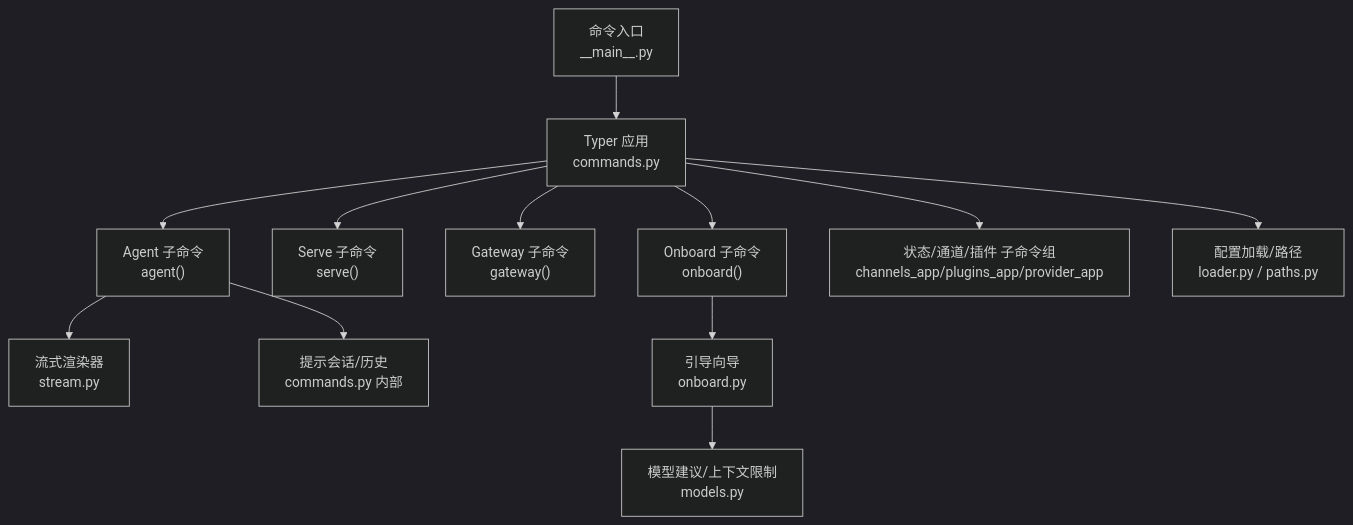
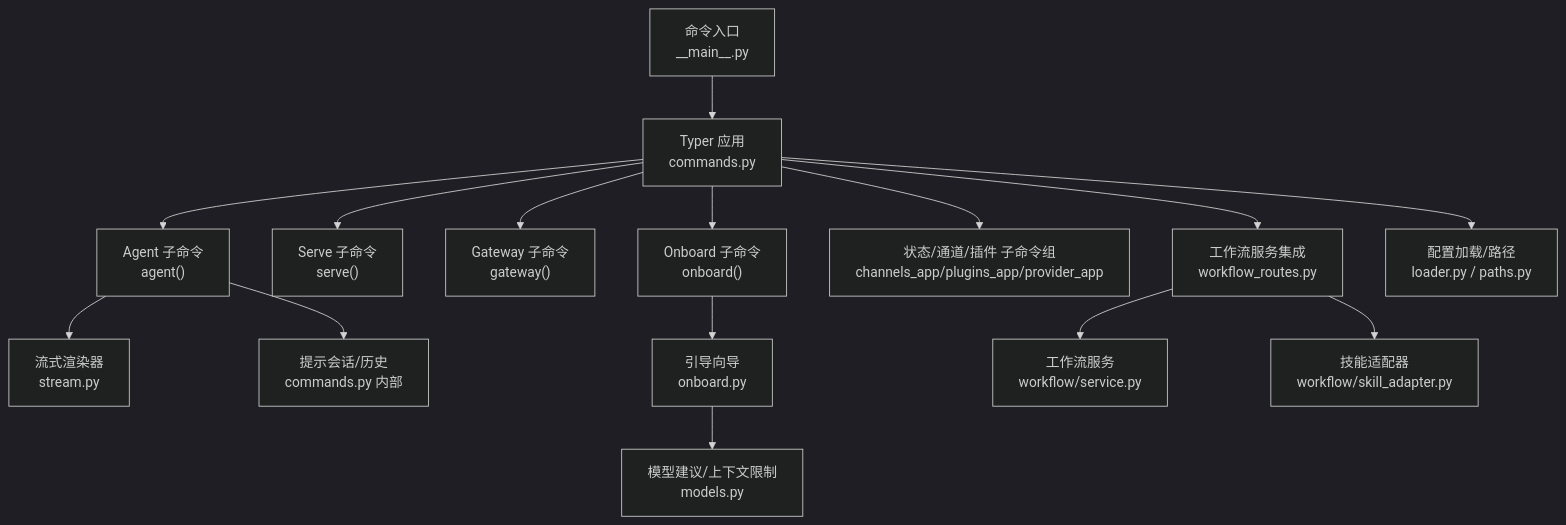
Before and after one commit to gongzeq/VAPT3: the first of 4 diagrams in .qoder/repowiki/zh/content/API服务设计/CLI命令系统.md, drawn with Mermaid (dark theme). The commit also changed other lines of this file and 33 other files, not shown here.

````diff
--- a/.qoder/repowiki/zh/content/API服务设计/CLI命令系统.md
+++ b/.qoder/repowiki/zh/content/API服务设计/CLI命令系统.md
@@ -43,14 +57,17 @@
 ```mermaid
 graph TB
 A["命令入口<br/>__main__.py"] --> B["Typer 应用<br/>commands.py"]
 B --> C["Agent 子命令<br/>agent()"]
 B --> D["Serve 子命令<br/>serve()"]
 B --> E["Gateway 子命令<br/>gateway()"]
 B --> F["Onboard 子命令<br/>onboard()"]
 B --> G["状态/通道/插件 子命令组<br/>channels_app/plugins_app/provider_app"]
-C --> H["流式渲染器<br/>stream.py"]
-C --> I["提示会话/历史<br/>commands.py 内部"]
-F --> J["引导向导<br/>onboard.py"]
-J --> K["模型建议/上下文限制<br/>models.py"]
-B --> L["配置加载/路径<br/>loader.py / paths.py"]
+B --> H["工作流服务集成<br/>workflow_routes.py"]
+C --> I["流式渲染器<br/>stream.py"]
+C --> J["提示会话/历史<br/>commands.py 内部"]
+F --> K["引导向导<br/>onboard.py"]
+K --> L["模型建议/上下文限制<br/>models.py"]
+B --> M["配置加载/路径<br/>loader.py / paths.py"]
+H --> N["工作流服务<br/>workflow/service.py"]
+H --> O["技能适配器<br/>workflow/skill_adapter.py"]
 ```
````
